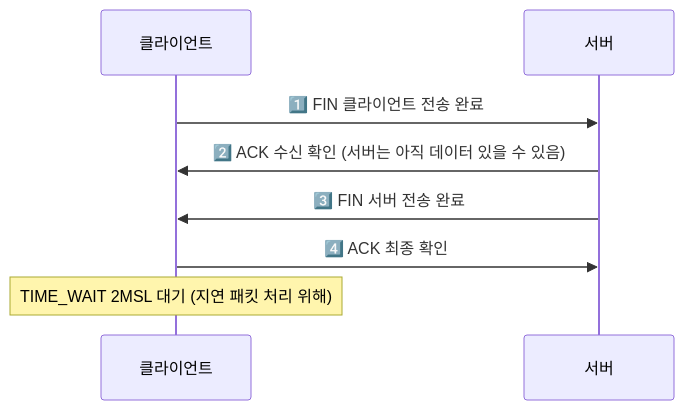
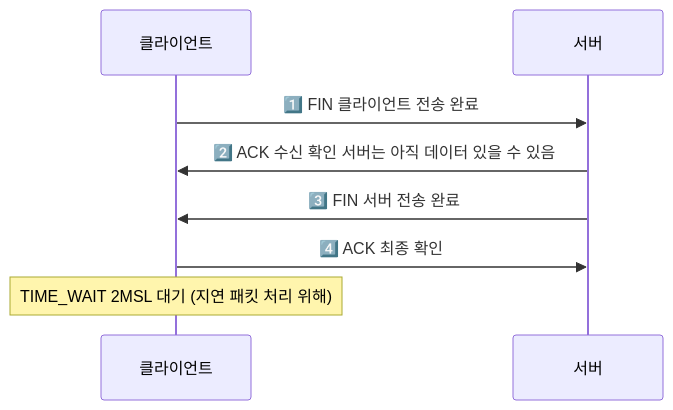
Before and after one commit to yjkim2015/yjkim2015.github.io: the third of 6 diagrams in _posts/network/2026-05-01-osi-7-layer.md, drawn with Mermaid. The commit also changed other lines of this file and 85 other files, not shown here.

First line of the commit message:
sequenceDiagram 문법 에러 2차 수정 169개 (86파일)

````diff
--- a/_posts/network/2026-05-01-osi-7-layer.md
+++ b/_posts/network/2026-05-01-osi-7-layer.md
@@ -119,10 +119,10 @@
 ```mermaid
 sequenceDiagram
     participant C as 클라이언트
     participant S as 서버
     C->>S: 1️⃣ FIN 클라이언트 전송 완료
-    S->>C: 2️⃣ ACK 수신 확인 (서버는 아직 데이터 있을 수 있음)
+    S->>C: 2️⃣ ACK 수신 확인 서버는 아직 데이터 있을 수 있음
     S->>C: 3️⃣ FIN 서버 전송 완료
     C->>S: 4️⃣ ACK 최종 확인
     Note over C: TIME_WAIT 2MSL 대기 (지연 패킷 처리 위해)
 ```
````
